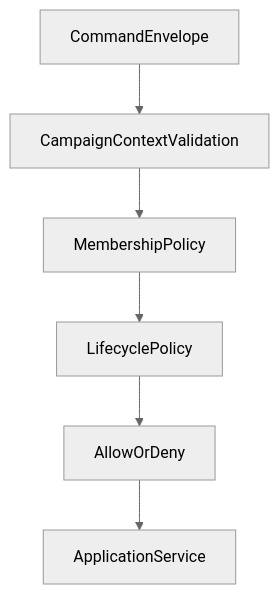
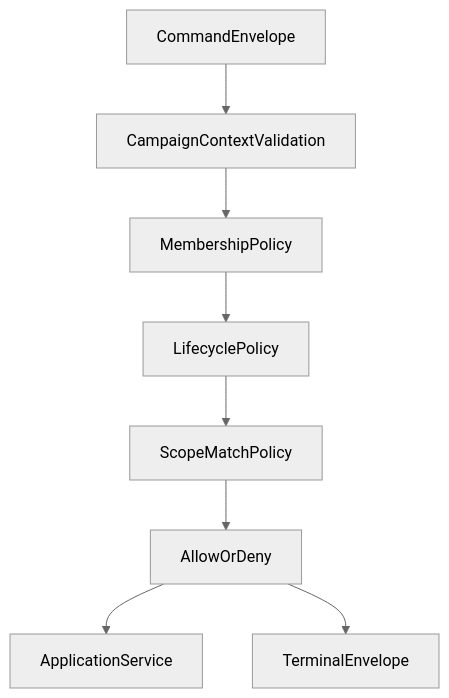
One commit to Pixelfehler310/cmv2 changed the diagram in ISSUES/architecture/01_contracts/campaign/ISSUE_[CONTRACT]_[CAM-01]_campaign_management_context.md. Above: the diagram before and after it, drawn with Mermaid (neutral theme). The commit also changed other lines of this file and 55 other files, not shown here.

````diff
--- a/ISSUES/architecture/01_contracts/campaign/ISSUE_[CONTRACT]_[CAM-01]_campaign_management_context.md
+++ b/ISSUES/architecture/01_contracts/campaign/ISSUE_[CONTRACT]_[CAM-01]_campaign_management_context.md
@@ -35,8 +90,10 @@
 ```mermaid
 flowchart TB
-    CommandEnvelope --> CampaignContextValidation
-    CampaignContextValidation --> MembershipPolicy
-    MembershipPolicy --> LifecyclePolicy
-    LifecyclePolicy --> AllowOrDeny
-    AllowOrDeny --> ApplicationService
+     CommandEnvelope --> CampaignContextValidation
+     CampaignContextValidation --> MembershipPolicy
+     MembershipPolicy --> LifecyclePolicy
+     LifecyclePolicy --> ScopeMatchPolicy
+     ScopeMatchPolicy --> AllowOrDeny
+     AllowOrDeny --> ApplicationService
+     AllowOrDeny --> TerminalEnvelope
 ```
````
